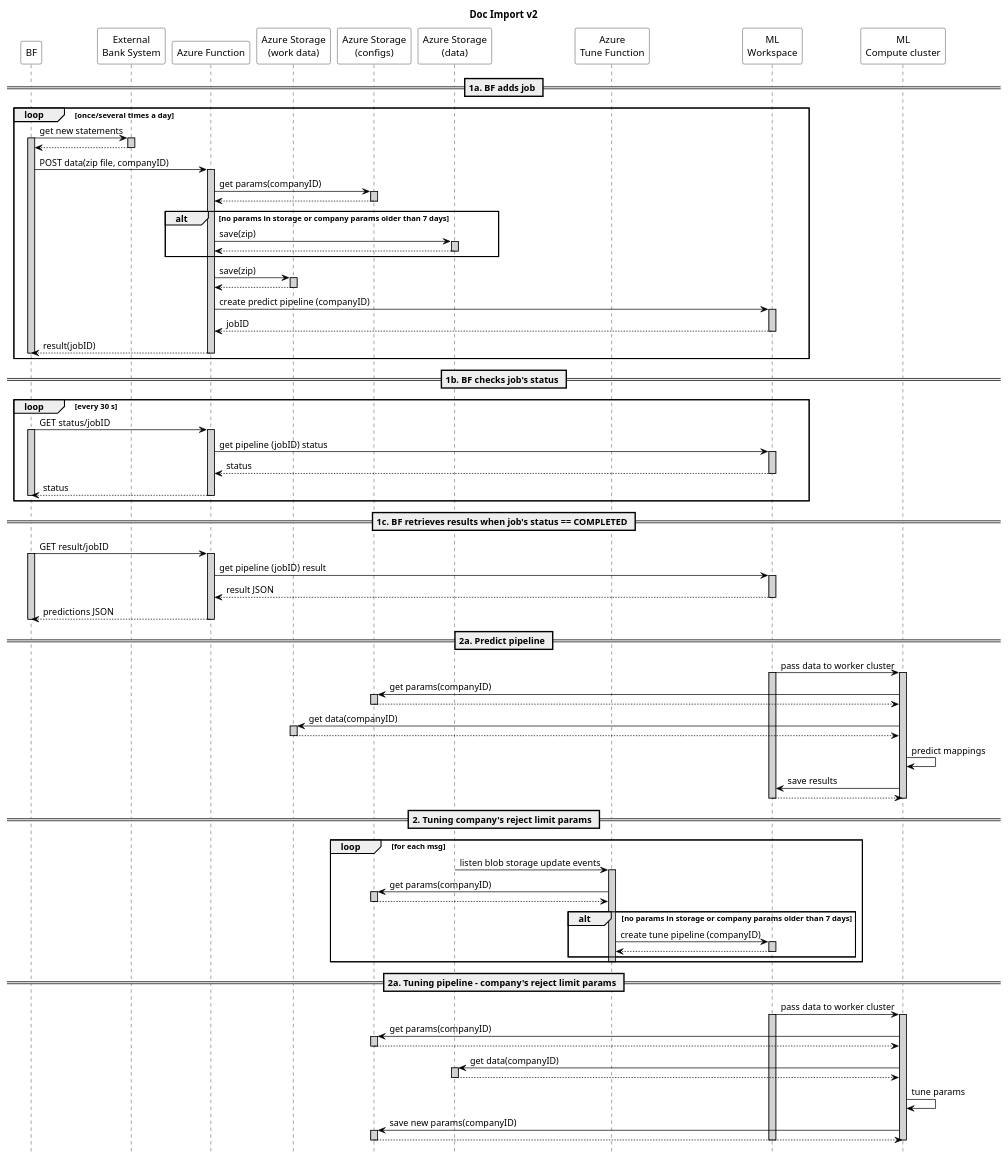
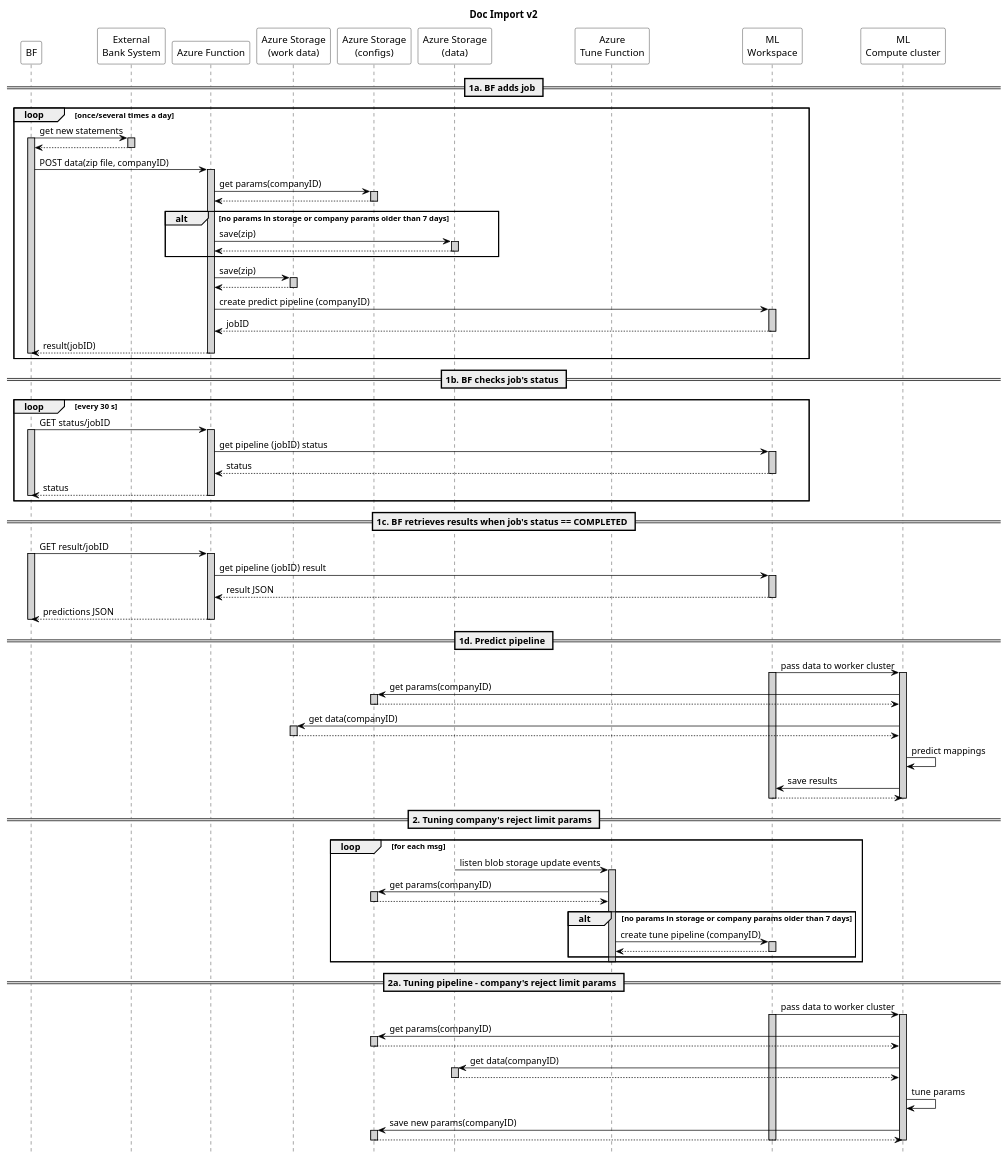
The diagram in design/proto-v3.puml (airenas/re-bankmap), drawn with PlantUML before and after one commit. The commit also changed 1 other file, not shown here.

```diff
--- a/design/proto-v3.puml
+++ b/design/proto-v3.puml
@@ -1,154 +1,154 @@
 @startuml Doc import
 skinparam sequence {
     ParticipantBorderColor Black
     ActorBorderColor Black
 
     ParticipantBackgroundColor White
     ActorBackgroundColor White
 
     ArrowColor black
     LifeLineBorderColor black
     LifeLineBackgroundColor lightgray
 
     BoxBorderColor black
 }
 skinparam databaseBackgroundColor White
 skinparam dataBaseBorderColor Blue
 
 hide footbox
 title Doc Import v2
 
 ' skinparam handwritten true
 
 participant "BF" as docu
 participant "External\nBank System" as bank
 participant "Azure Function" as predictor
 participant "Azure Storage\n(work data)" as storage_wrk
 participant "Azure Storage\n(configs)" as storage_cfg
 participant "Azure Storage\n(data)" as storage_data
 participant "Azure\nTune Function" as trainer
 participant "ML\nWorkspace" as workspace
 participant "ML\nCompute cluster" as cluster
 
 
 == 1a. BF adds job ==
 
 loop once/several times a day
     docu -> bank: get new statements
     activate docu
     activate bank
     bank --> docu:
     deactivate bank
 
     docu -> predictor: POST data(zip file, companyID)
     activate predictor
     predictor -> storage_cfg: get params(companyID)
     activate storage_cfg
     storage_cfg --> predictor
     deactivate storage_cfg
     alt no params in storage or company params older than 7 days
         predictor -> storage_data: save(zip)
         activate storage_data
         storage_data --> predictor
         deactivate storage_data
     end
     predictor -> storage_wrk: save(zip)
     activate storage_wrk
     storage_wrk --> predictor
     deactivate storage_wrk
     
     predictor -> workspace: create predict pipeline (companyID)
     activate workspace
     workspace --> predictor: jobID
     deactivate workspace
     predictor --> docu: result(jobID)
     deactivate predictor
     deactivate docu
 end
 
 == 1b. BF checks job's status ==
 
 loop every 30 s
     docu -> predictor: GET status/jobID
     activate docu
     activate predictor
     predictor -> workspace: get pipeline (jobID) status
     activate workspace
     workspace --> predictor: status
     deactivate workspace
     predictor --> docu: status
     deactivate predictor
     deactivate docu
 end
 
 == 1c. BF retrieves results when job's status == COMPLETED == 
 
 docu -> predictor: GET result/jobID
 activate docu
 activate predictor
 predictor -> workspace: get pipeline (jobID) result
 activate workspace
 workspace --> predictor: result JSON
 deactivate workspace
 predictor --> docu: predictions JSON
 deactivate predictor
 deactivate docu
 
-== 2a. Predict pipeline ==
+== 1d. Predict pipeline ==
 workspace -> cluster: pass data to worker cluster 
 activate workspace
 activate cluster
 cluster -> storage_cfg: get params(companyID)
 activate storage_cfg
 storage_cfg --> cluster
 deactivate storage_cfg
 cluster -> storage_wrk: get data(companyID)
 activate storage_wrk
 storage_wrk --> cluster
 deactivate storage_wrk
 cluster -> cluster: predict mappings
 cluster -> workspace: save results
 workspace --> cluster
 deactivate cluster
 deactivate workspace
 
 
 == 2. Tuning company's reject limit params ==
 loop for each msg
     storage_data -> trainer: listen blob storage update events
     activate trainer
     trainer -> storage_cfg: get params(companyID)
     activate storage_cfg
     storage_cfg --> trainer
     deactivate storage_cfg
     alt no params in storage or company params older than 7 days
         trainer -> workspace: create tune pipeline (companyID)
         activate workspace
         workspace --> trainer
         deactivate workspace
     end
     deactivate trainer
  end   
 
 
 == 2a. Tuning pipeline - company's reject limit params ==
 workspace -> cluster: pass data to worker cluster 
 activate workspace
 activate cluster
 cluster -> storage_cfg: get params(companyID)
 activate storage_cfg
 storage_cfg --> cluster
 deactivate storage_cfg
 cluster -> storage_data: get data(companyID)
 activate storage_data
 storage_data --> cluster
 deactivate storage_data
 cluster -> cluster: tune params
 cluster -> storage_cfg: save new params(companyID)
 activate storage_cfg
 storage_cfg --> cluster
 deactivate storage_cfg
 deactivate cluster
 deactivate workspace
 
 @enduml
```
